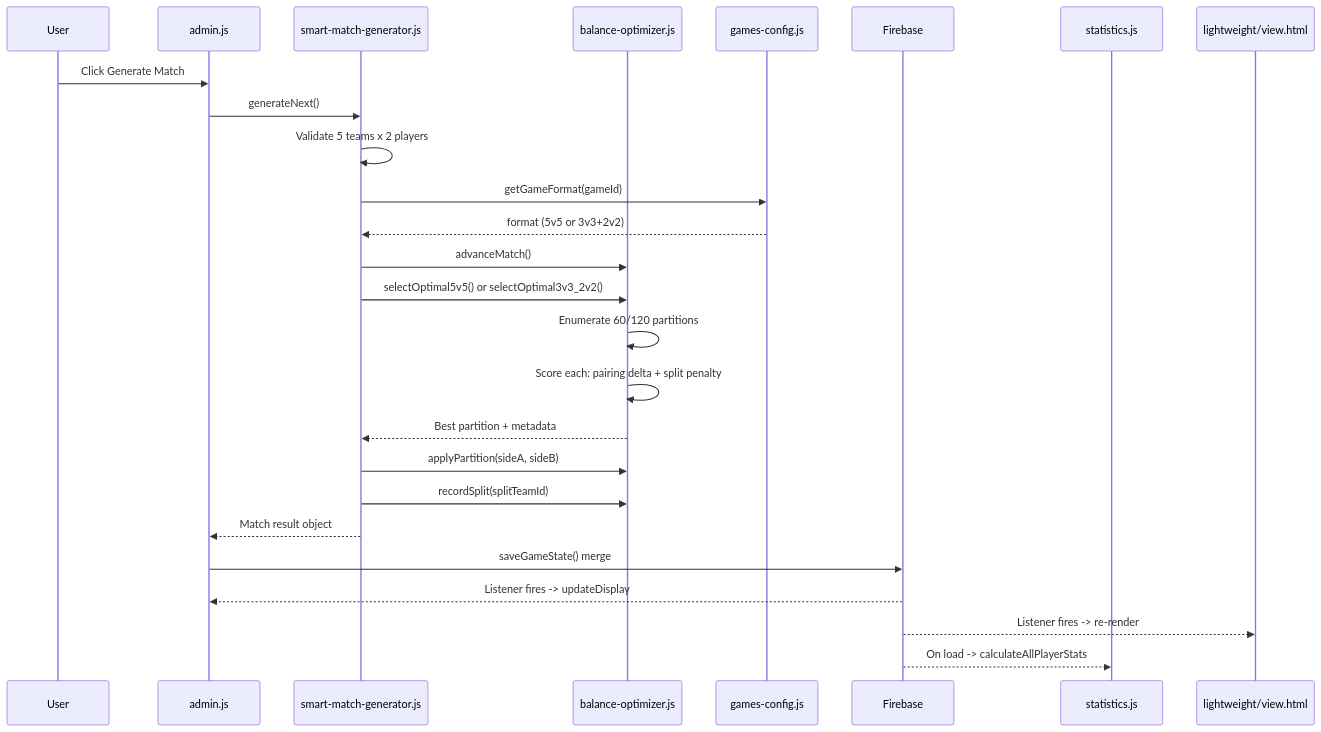
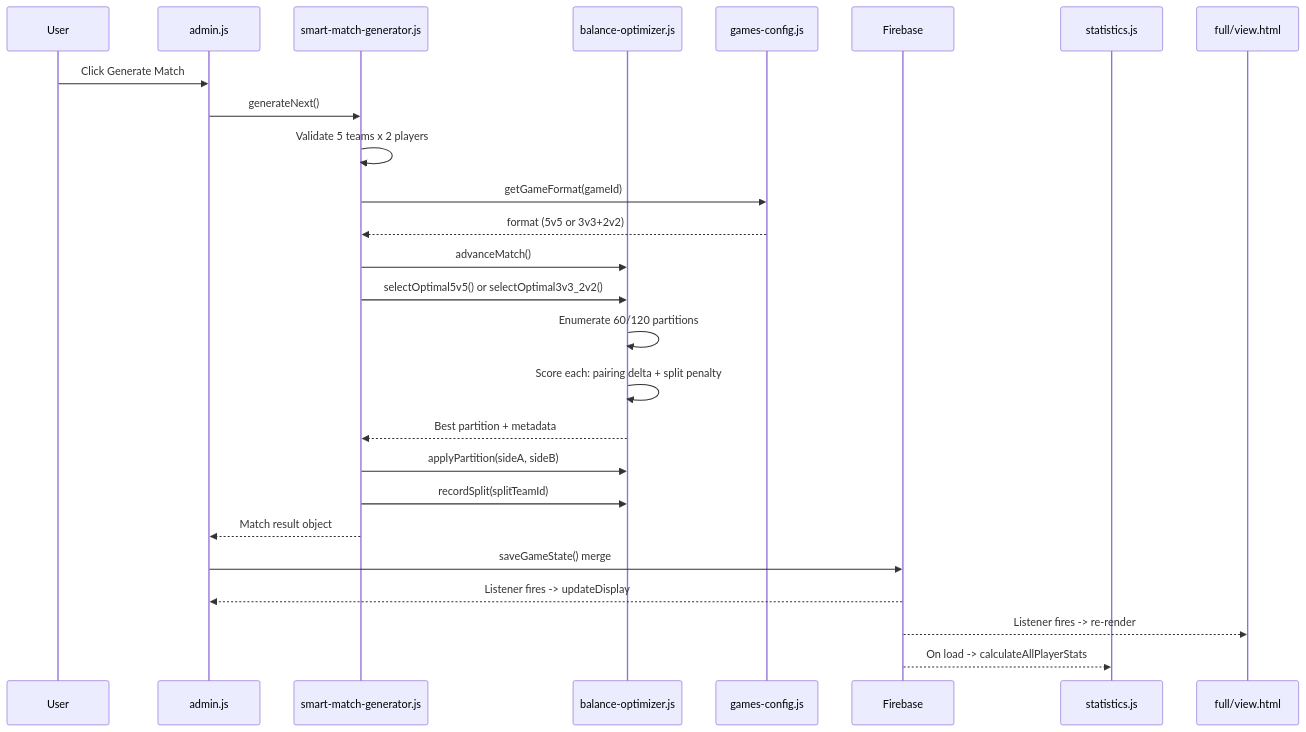
One commit to LNiitlahti/BoardGame changed the first of 5 diagrams in BoardGame/docs/architecture/cross-system.md. Above: the diagram before and after it, drawn with Mermaid. The commit also changed other lines of this file and 11 other files, not shown here.

````diff
--- a/BoardGame/docs/architecture/cross-system.md
+++ b/BoardGame/docs/architecture/cross-system.md
@@ -7,29 +7,29 @@
 ```mermaid
 sequenceDiagram
     participant User
     participant Admin as admin.js
     participant SMG as smart-match-generator.js
     participant BO as balance-optimizer.js
     participant GC as games-config.js
     participant FB as Firebase
     participant Stats as statistics.js
-    participant View as lightweight/view.html
+    participant View as full/view.html
 
     User->>Admin: Click Generate Match
     Admin->>SMG: generateNext()
     SMG->>SMG: Validate 5 teams x 2 players
     SMG->>GC: getGameFormat(gameId)
     GC-->>SMG: format (5v5 or 3v3+2v2)
     SMG->>BO: advanceMatch()
     SMG->>BO: selectOptimal5v5() or selectOptimal3v3_2v2()
     BO->>BO: Enumerate 60/120 partitions
     BO->>BO: Score each: pairing delta + split penalty
     BO-->>SMG: Best partition + metadata
     SMG->>BO: applyPartition(sideA, sideB)
     SMG->>BO: recordSplit(splitTeamId)
     SMG-->>Admin: Match result object
     Admin->>FB: saveGameState() merge
     FB-->>Admin: Listener fires -> updateDisplay
     FB-->>View: Listener fires -> re-render
     FB-->>Stats: On load -> calculateAllPlayerStats
 ```
````
